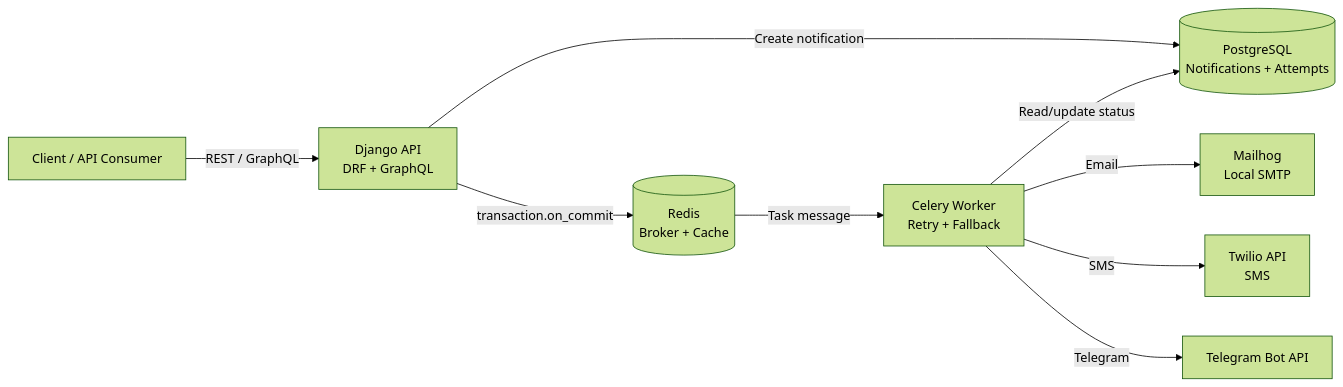
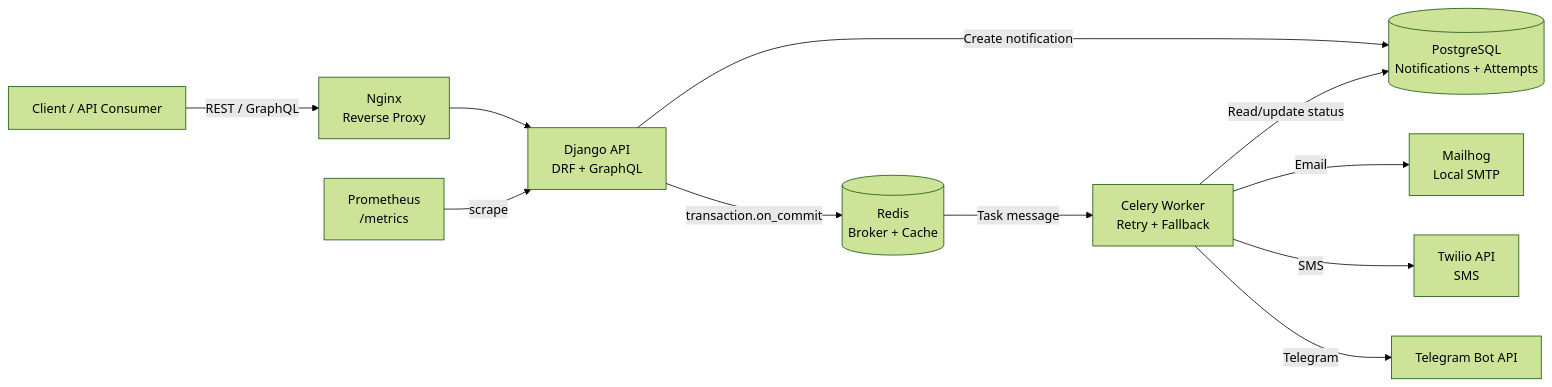
One commit to sintbjorn/notification_service_twilio changed the diagram in README.md. Above: the diagram before and after it, drawn with Mermaid (forest theme). The commit also changed other lines of this file and 10 other files, not shown here.

````diff
--- a/README.md
+++ b/README.md
@@ -53,20 +91,24 @@
 ```mermaid
 flowchart LR
     client["Client / API Consumer"]
+    nginx["Nginx<br/>Reverse Proxy"]
     django["Django API<br/>DRF + GraphQL"]
     db[("PostgreSQL<br/>Notifications + Attempts")]
     redis[("Redis<br/>Broker + Cache")]
     worker["Celery Worker<br/>Retry + Fallback"]
+    prometheus["Prometheus<br/>/metrics"]
     mailhog["Mailhog<br/>Local SMTP"]
     twilio["Twilio API<br/>SMS"]
     telegram["Telegram Bot API"]
 
-    client -->|"REST / GraphQL"| django
+    client -->|"REST / GraphQL"| nginx
+    nginx --> django
     django -->|"Create notification"| db
     django -->|"transaction.on_commit"| redis
+    prometheus -->|"scrape"| django
     redis -->|"Task message"| worker
     worker -->|"Read/update status"| db
     worker -->|"Email"| mailhog
     worker -->|"SMS"| twilio
     worker -->|"Telegram"| telegram
 ```
````
